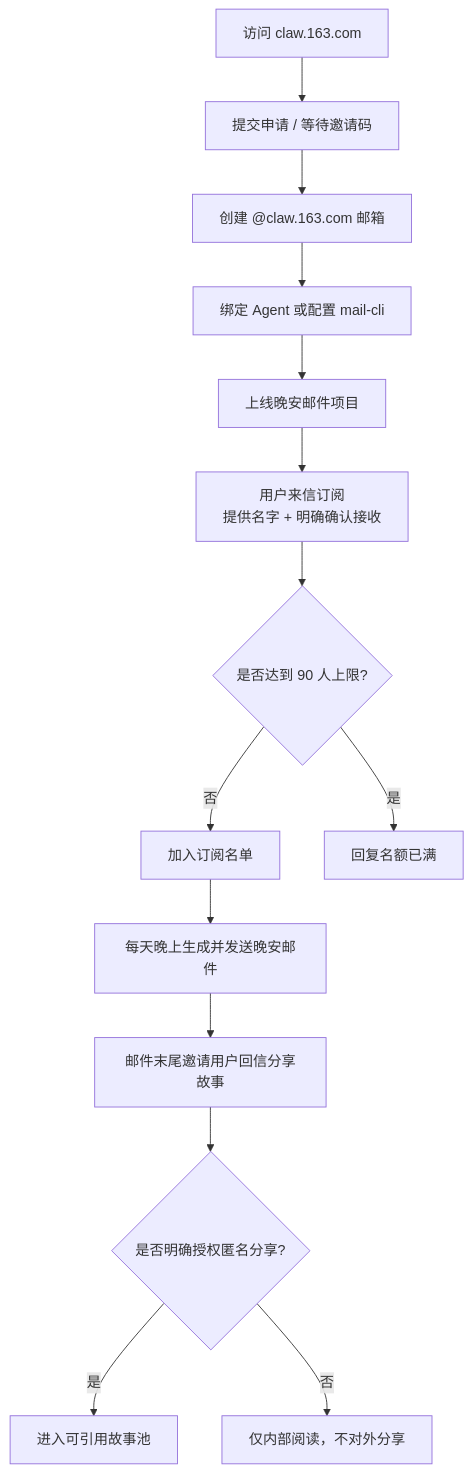
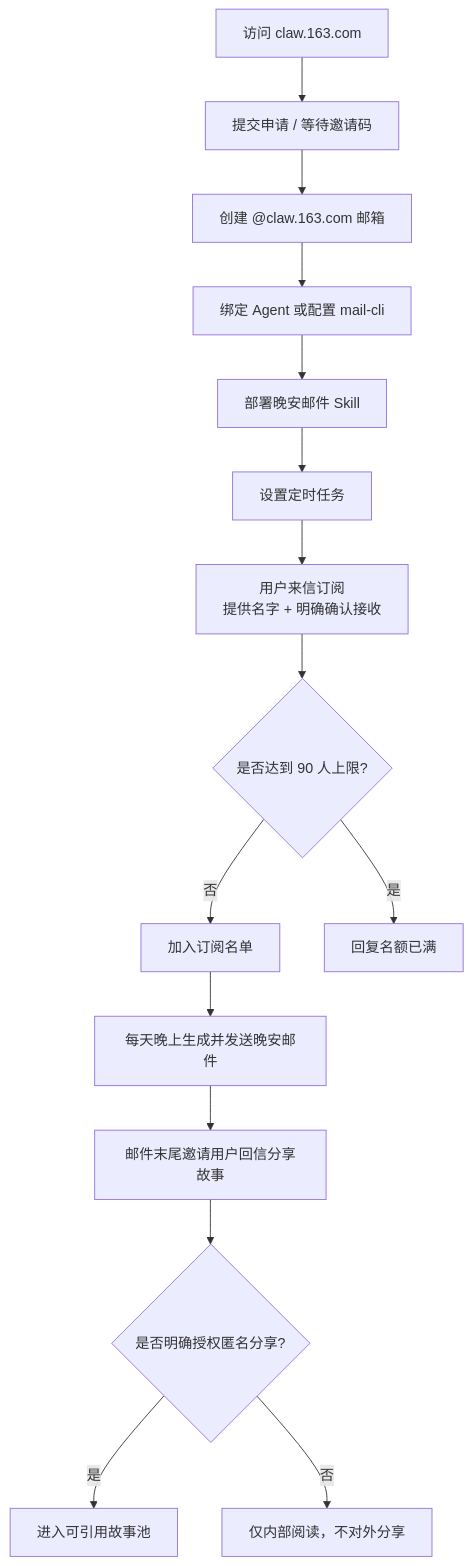
One commit to gainubi/claw-goodnight-email changed the diagram in README.md. Above: the diagram before and after it, drawn with Mermaid. The commit also changed other lines of this file, not shown here.

````diff
--- a/README.md
+++ b/README.md
@@ -50,16 +97,17 @@
 ```mermaid
 flowchart TD
     A["访问 claw.163.com"] --> B["提交申请 / 等待邀请码"]
     B --> C["创建 @claw.163.com 邮箱"]
     C --> D["绑定 Agent 或配置 mail-cli"]
-    D --> E["上线晚安邮件项目"]
-    E --> F["用户来信订阅<br/>提供名字 + 明确确认接收"]
-    F --> G{"是否达到 90 人上限?"}
-    G -- "否" --> H["加入订阅名单"]
-    G -- "是" --> I["回复名额已满"]
-    H --> J["每天晚上生成并发送晚安邮件"]
-    J --> K["邮件末尾邀请用户回信分享故事"]
-    K --> L{"是否明确授权匿名分享?"}
-    L -- "是" --> M["进入可引用故事池"]
-    L -- "否" --> N["仅内部阅读，不对外分享"]
+    D --> E["部署晚安邮件 Skill"]
+    E --> F["设置定时任务"]
+    F --> G["用户来信订阅<br/>提供名字 + 明确确认接收"]
+    G --> H{"是否达到 90 人上限?"}
+    H -- "否" --> I["加入订阅名单"]
+    H -- "是" --> J["回复名额已满"]
+    I --> K["每天晚上生成并发送晚安邮件"]
+    K --> L["邮件末尾邀请用户回信分享故事"]
+    L --> M{"是否明确授权匿名分享?"}
+    M -- "是" --> N["进入可引用故事池"]
+    M -- "否" --> O["仅内部阅读，不对外分享"]
 ```
````
